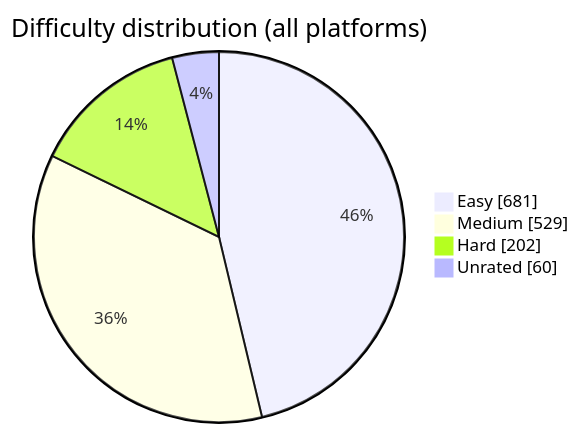
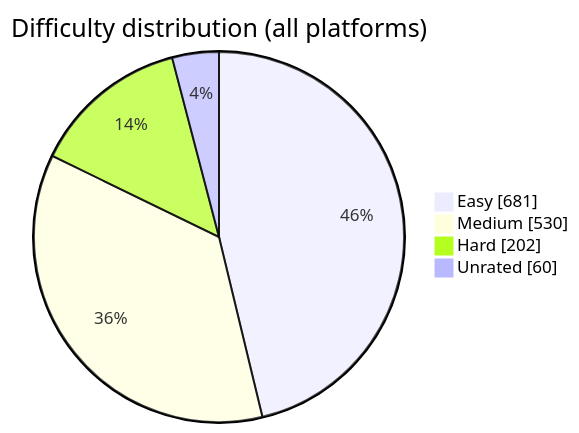
The diagram in README.md (BuildbyArindam/Daily-Coding-Log), drawn with Mermaid before and after one commit. The commit also changed other lines of this file, not shown here.

````diff
--- a/README.md
+++ b/README.md
@@ -93,7 +93,7 @@
 ```mermaid
 pie showData title Difficulty distribution (all platforms)
     "Easy" : 681
-    "Medium" : 529
+    "Medium" : 530
     "Hard" : 202
     "Unrated" : 60
 ```
````
